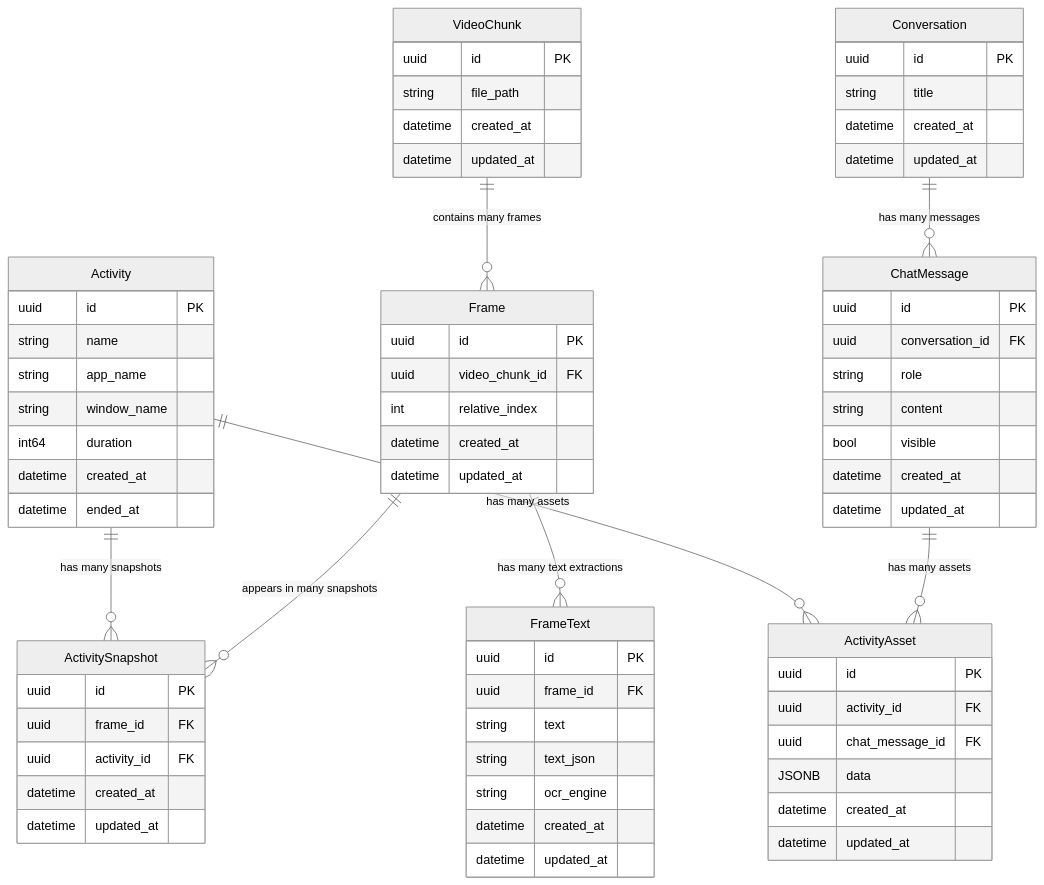
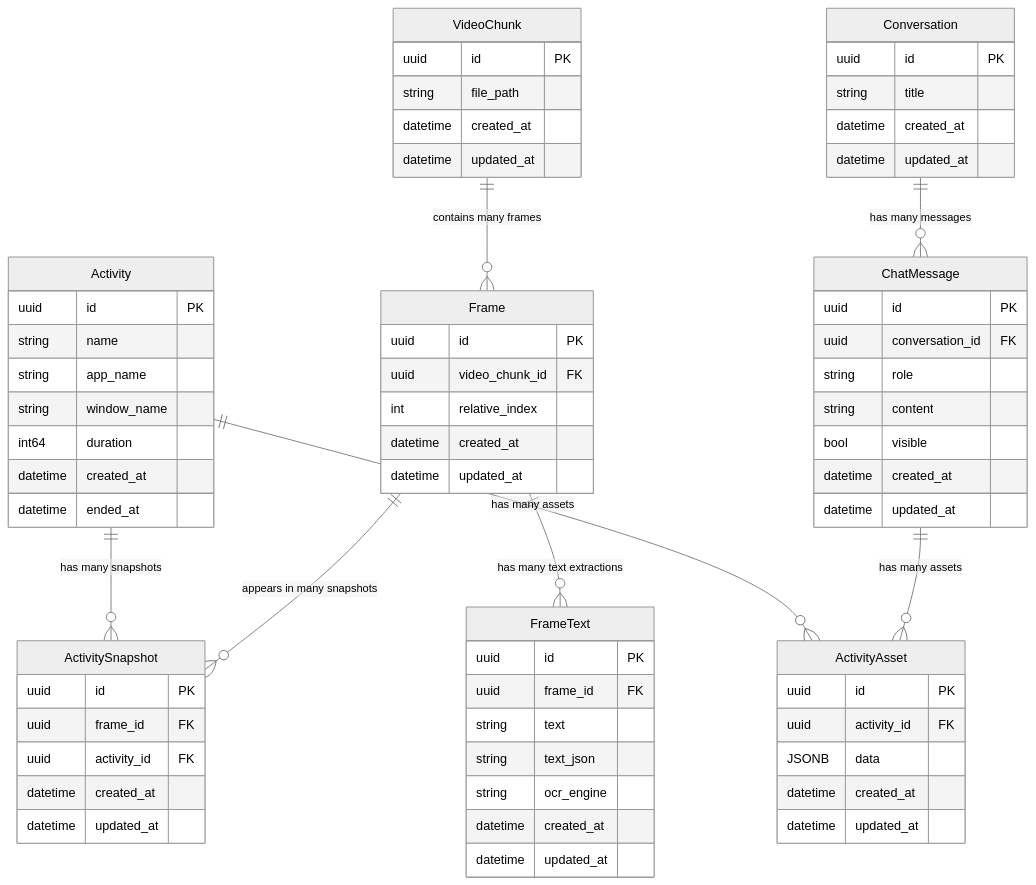
One commit to Eurora-Labs/eurora changed the diagram in apps/docs/src/lib/mermaid/database/eur-personal-db.md. Above: the diagram before and after it, drawn with Mermaid (neutral theme). The commit also changed 2 other files, not shown here.

Commit message:
docs(eur-personal-db.md): remove chat message fk to go with compiled messages architecture

```diff
--- a/apps/docs/src/lib/mermaid/database/eur-personal-db.md
+++ b/apps/docs/src/lib/mermaid/database/eur-personal-db.md
@@ -27,6 +27,7 @@
         uuid conversation_id FK
         string role
         string content
+        %% Messages compiled from assets and snapshots are hidden
         bool visible
 
         datetime created_at
@@ -49,7 +50,6 @@
     ActivityAsset {
         uuid id PK
         uuid activity_id FK
-        uuid chat_message_id FK
         JSONB data
 
         datetime created_at
```
